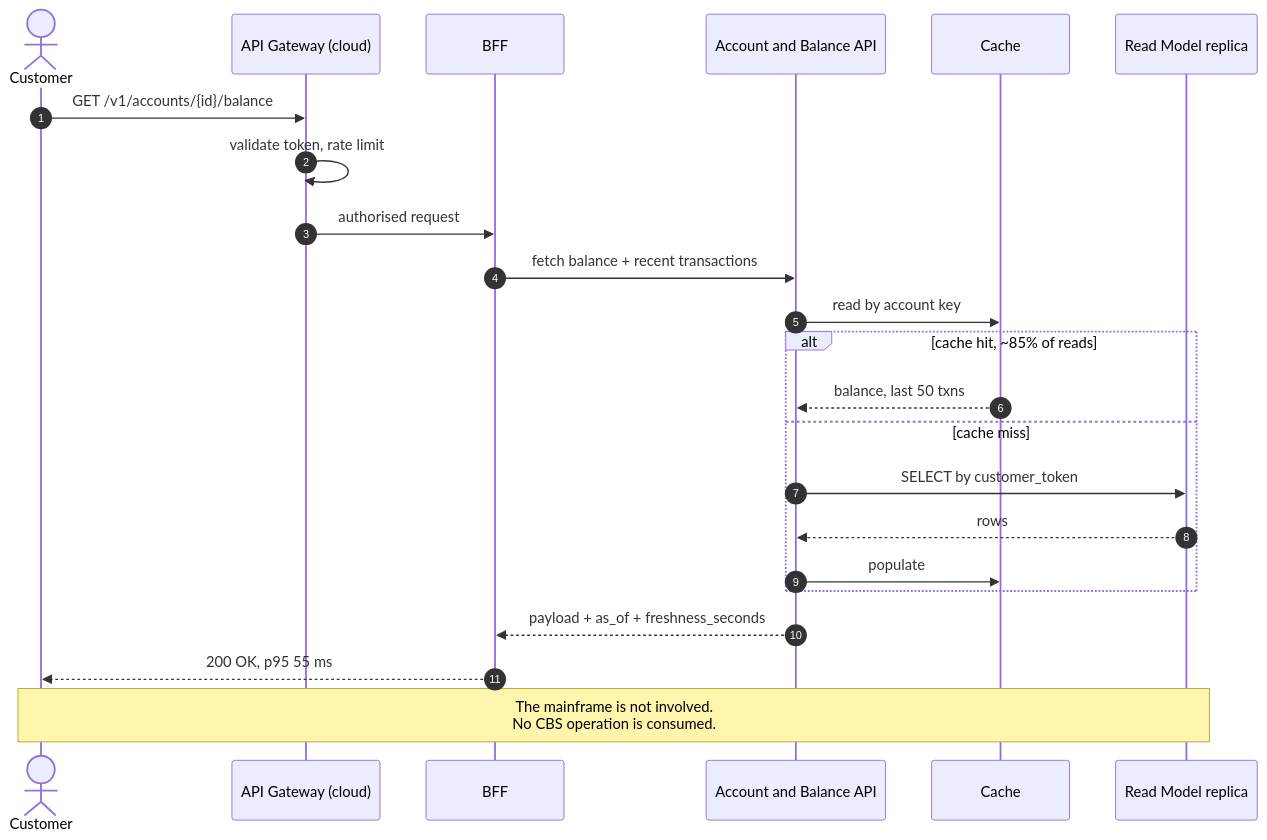
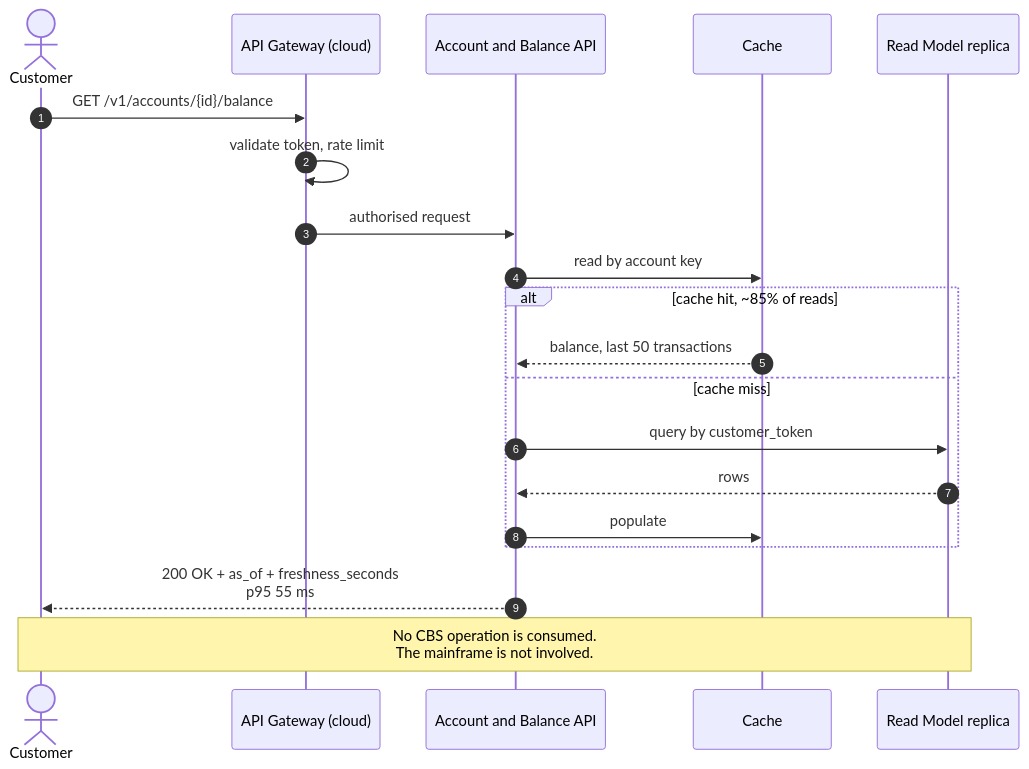
Before and after one commit to sunnydubey1111/neobank-digital-leap: the eighth of 15 diagrams in docs/solution/diagrams.md, drawn with Mermaid. The commit also changed other lines of this file and 7 other files, not shown here.

````diff
--- a/docs/solution/diagrams.md
+++ b/docs/solution/diagrams.md
@@ -322,27 +433,24 @@
 ```mermaid
 sequenceDiagram
     autonumber
     actor C as Customer
     participant GW as API Gateway (cloud)
-    participant BFF as BFF
     participant API as Account and Balance API
     participant $ as Cache
     participant RM as Read Model replica
 
     C->>GW: GET /v1/accounts/{id}/balance
     GW->>GW: validate token, rate limit
-    GW->>BFF: authorised request
-    BFF->>API: fetch balance + recent transactions
+    GW->>API: authorised request
     API->>$: read by account key
     alt cache hit, ~85% of reads
-        $-->>API: balance, last 50 txns
+        $-->>API: balance, last 50 transactions
     else cache miss
-        API->>RM: SELECT by customer_token
+        API->>RM: query by customer_token
         RM-->>API: rows
         API->>$: populate
     end
-    API-->>BFF: payload + as_of + freshness_seconds
-    BFF-->>C: 200 OK, p95 55 ms
+    API-->>C: 200 OK + as_of + freshness_seconds<br/>p95 55 ms
 
-    Note over C,RM: The mainframe is not involved.<br/>No CBS operation is consumed.
+    Note over C,RM: No CBS operation is consumed.<br/>The mainframe is not involved.
 ```
````
